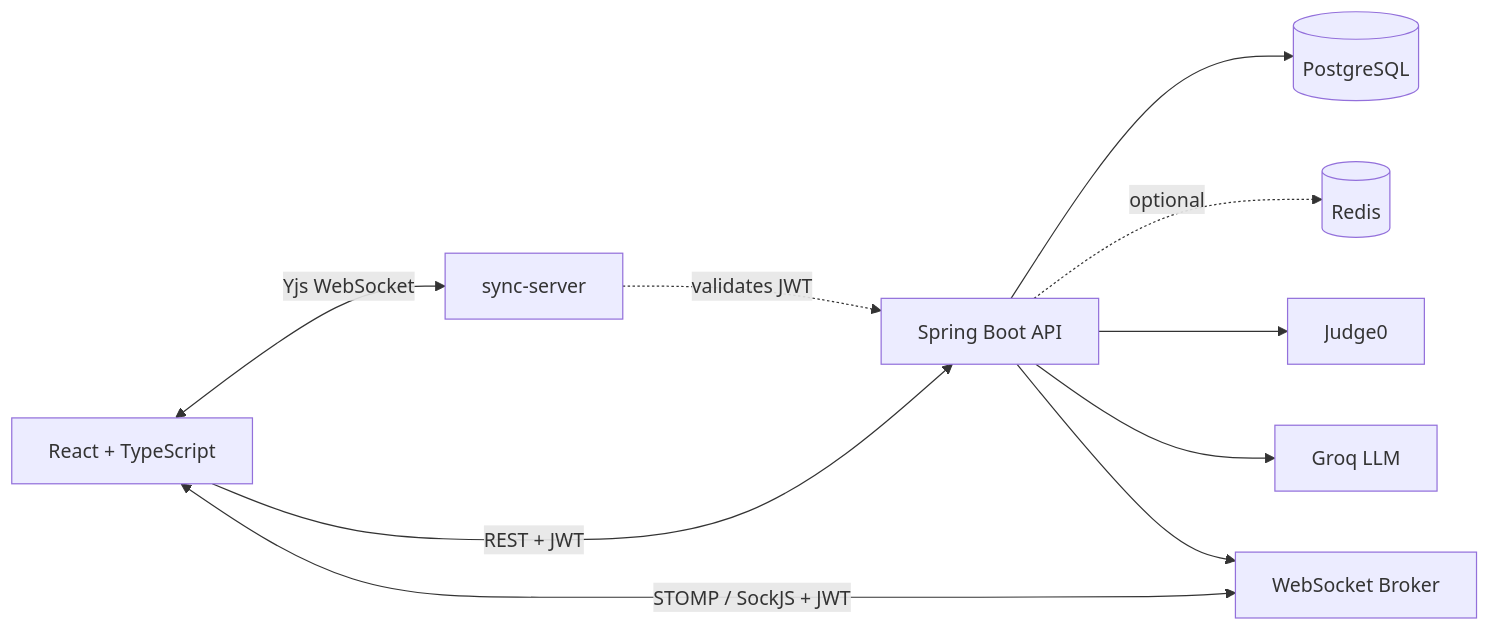
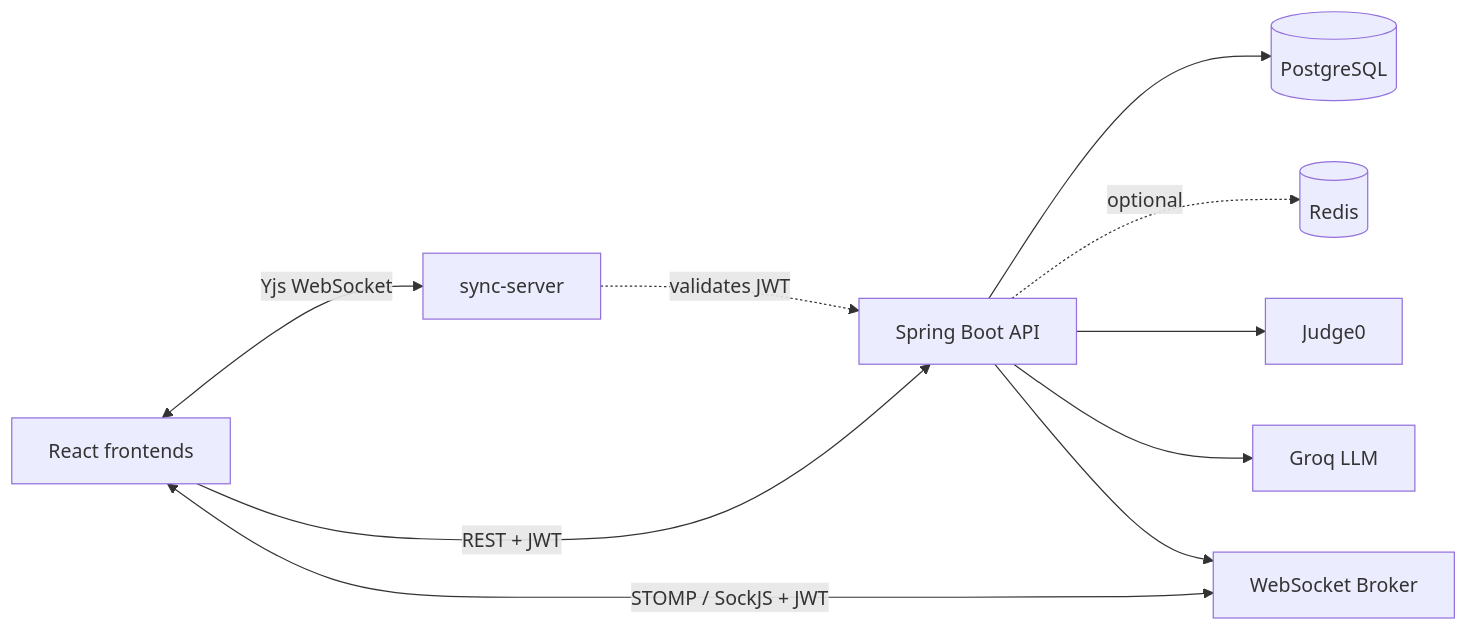
The diagram in README.md (Sobhagyaverma/codeIT), drawn with Mermaid before and after one commit. The commit also changed other lines of this file and 8 other files, not shown here.

````diff
--- a/README.md
+++ b/README.md
@@ -21,12 +23,12 @@
 ```mermaid
 flowchart LR
-    Browser[React + TypeScript] -->|REST + JWT| API[Spring Boot API]
+    Browser[React frontends] -->|REST + JWT| API[Spring Boot API]
     Browser <-->|STOMP / SockJS + JWT| WS[WebSocket Broker]
     Browser <-->|Yjs WebSocket| Sync[sync-server]
     API --> PostgreSQL[(PostgreSQL)]
     API -.->|optional| Redis[(Redis)]
     API --> Judge0[Judge0]
     API --> Groq[Groq LLM]
     API --> WS
     Sync -.->|validates JWT| API
 ```
````
